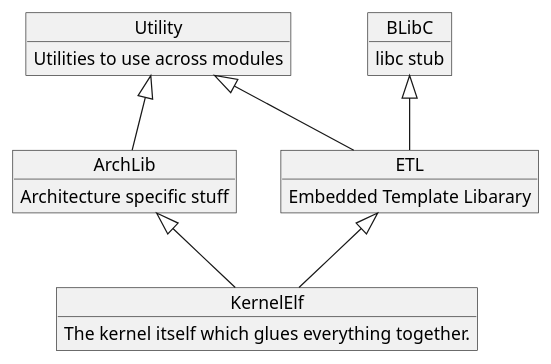
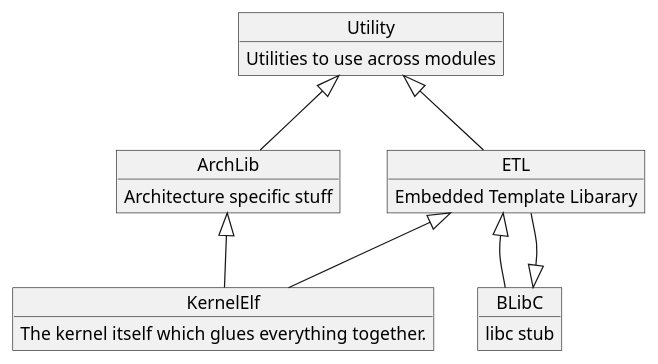
One commit to cbladt/BladtOS changed the diagram in Docs/ModuleDiagram.puml. Above: the diagram before and after it, drawn with PlantUML.

Commit message:
diagram update

```diff
--- a/Docs/ModuleDiagram.puml
+++ b/Docs/ModuleDiagram.puml
@@ -1,28 +1,29 @@
 @startuml
 
 object KernelElf
 KernelElf : The kernel itself which glues everything together.
 
 object BLibC
 BLibC : libc stub
 
 object ArchLib
 ArchLib : Architecture specific stuff
 
 object Utility
 Utility : Utilities to use across modules
 
 object ETL
 ETL : Embedded Template Libarary
 
 BLibC <|-- ETL
 
 ArchLib <|-- KernelElf
 
 ETL <|-- KernelElf
+ETL <|-- BLibC
 
 Utility <|-- ArchLib
 Utility <|-- ETL
 
 
 @enduml
```
